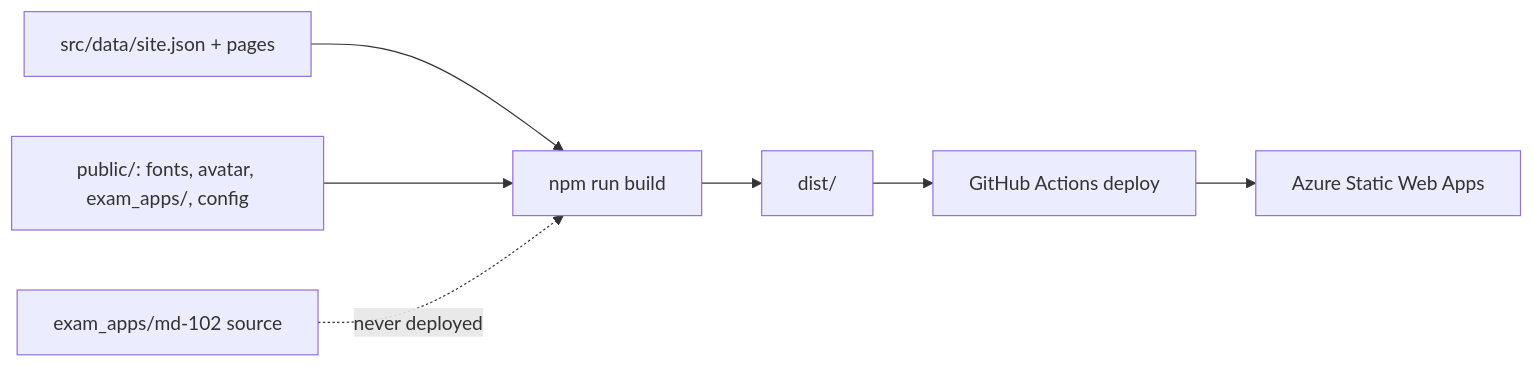
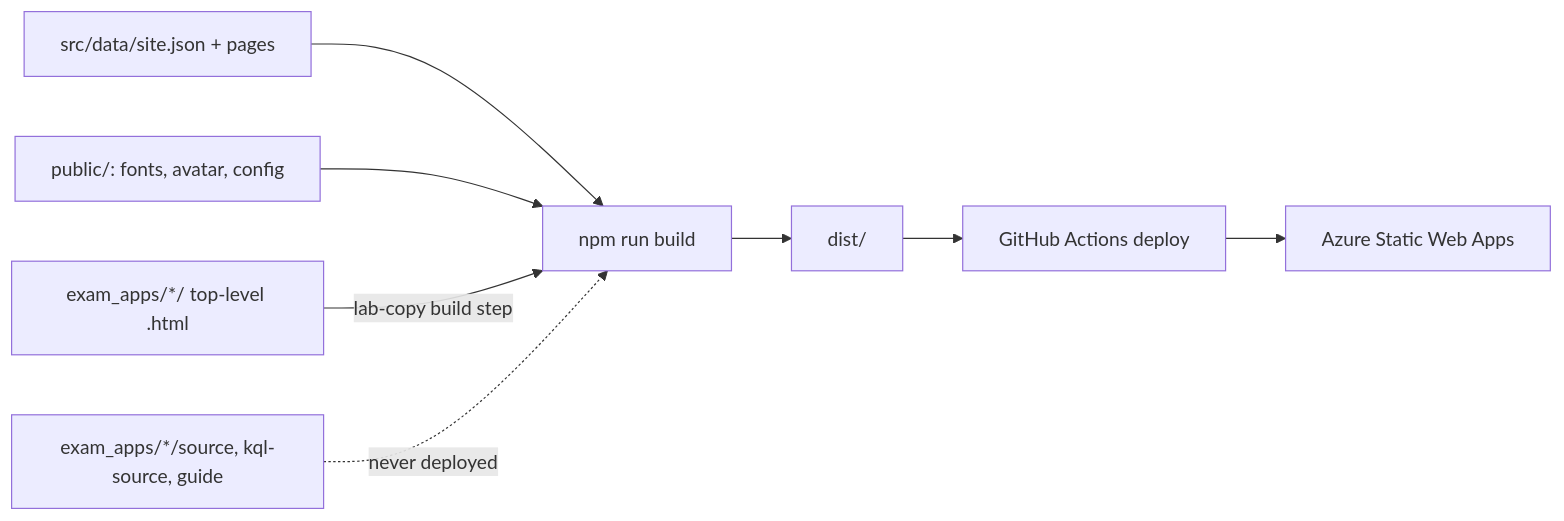
Before and after one commit to theknoxtech/jonwitherspoon.com: the diagram in docs/plans/proposed/2026-11-15-personal-site.md, drawn with Mermaid. The commit also changed other lines of this file and 3 other files, not shown here.

````diff
--- a/docs/plans/proposed/2026-11-15-personal-site.md
+++ b/docs/plans/proposed/2026-11-15-personal-site.md
@@ -22,9 +22,10 @@
 ```mermaid
 flowchart LR
   A[src/data/site.json + pages] --> B[npm run build]
-  C[public/: fonts, avatar, exam_apps/, config] --> B
+  C[public/: fonts, avatar, config] --> B
+  H[exam_apps/*/ top-level .html] -->|lab-copy build step| B
   B --> D[dist/]
   D --> E[GitHub Actions deploy]
   E --> F[Azure Static Web Apps]
-  G[exam_apps/md-102 source] -. never deployed .-> B
+  G[exam_apps/*/source, kql-source, guide] -. never deployed .-> B
 ```
````
